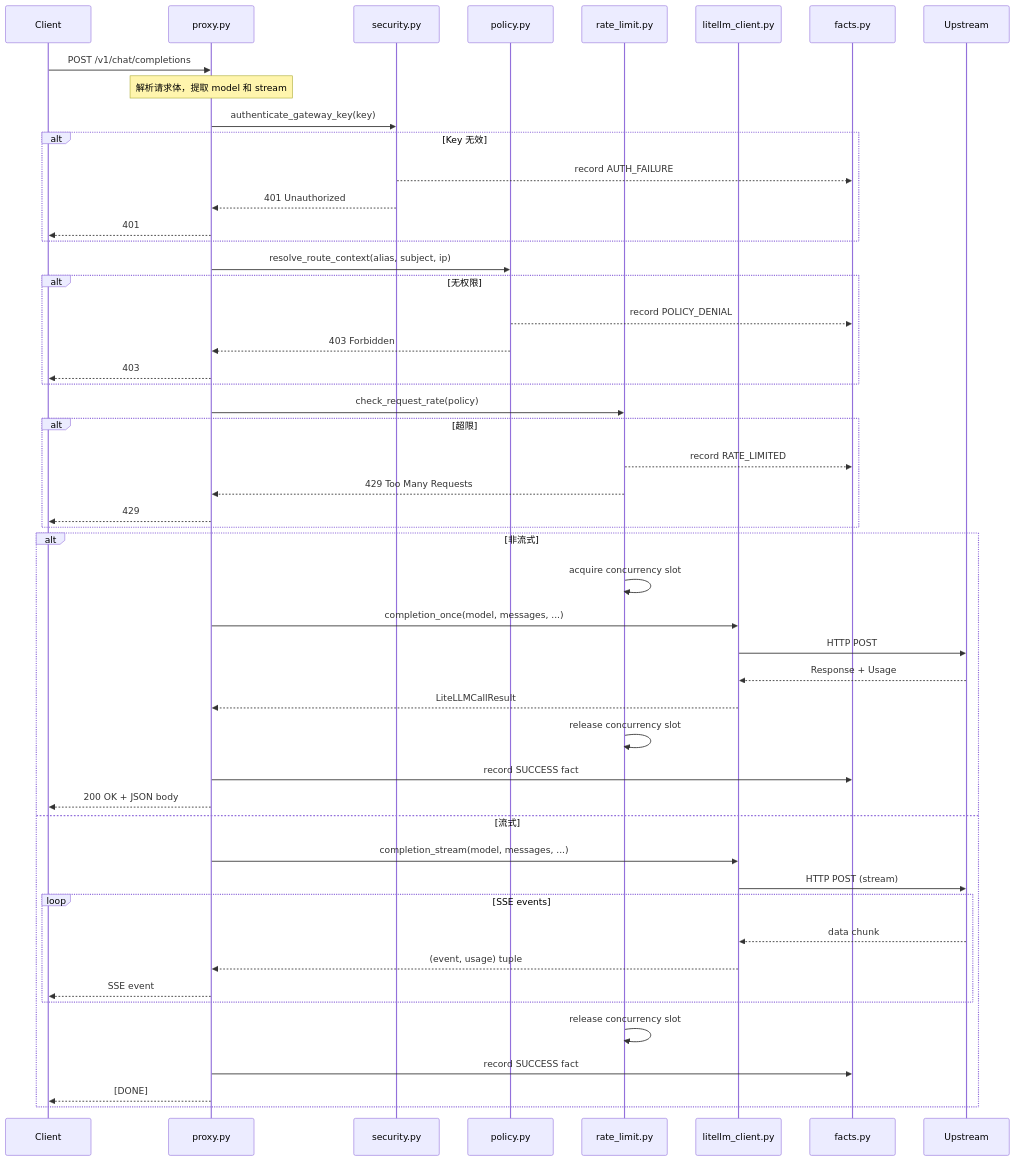
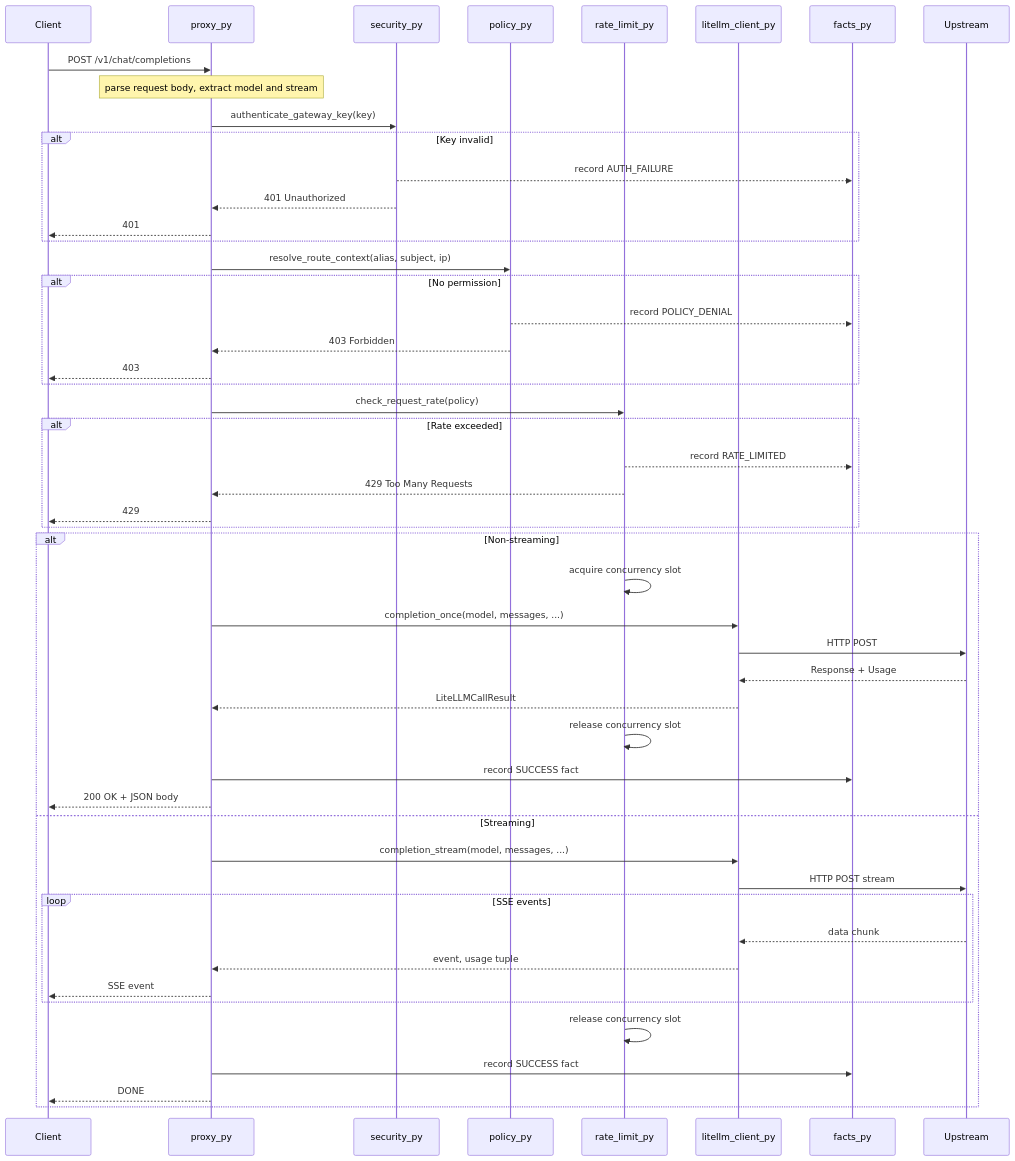
The first of 4 diagrams in docs/source/architecture/data-flow.md (pty819/llm-gateway-docs), drawn with Mermaid before and after one commit. The commit also changed other lines of this file and 18 other files, not shown here.

First line of the commit message:
Fix RST directives and mermaid syntax in MD files

````diff
--- a/docs/source/architecture/data-flow.md
+++ b/docs/source/architecture/data-flow.md
@@ -9,57 +9,57 @@
 ```{mermaid}
 sequenceDiagram
     participant C as Client
-    participant P as proxy.py
-    participant Auth as security.py
-    participant Pol as policy.py
-    participant RL as rate_limit.py
-    participant Lite as litellm_client.py
-    participant Facts as facts.py
+    participant P as proxy_py
+    participant Auth as security_py
+    participant Pol as policy_py
+    participant RL as rate_limit_py
+    participant Lite as litellm_client_py
+    participant Facts as facts_py
     participant U as Upstream
 
     C->>P: POST /v1/chat/completions
-    Note over P: 解析请求体，提取 model 和 stream
+    Note over P: parse request body, extract model and stream
 
     P->>Auth: authenticate_gateway_key(key)
-    alt Key 无效
+    alt Key invalid
         Auth-->>Facts: record AUTH_FAILURE
         Auth-->>P: 401 Unauthorized
         P-->>C: 401
     end
 
     P->>Pol: resolve_route_context(alias, subject, ip)
-    alt 无权限
+    alt No permission
         Pol-->>Facts: record POLICY_DENIAL
         Pol-->>P: 403 Forbidden
         P-->>C: 403
     end
 
     P->>RL: check_request_rate(policy)
-    alt 超限
+    alt Rate exceeded
         RL-->>Facts: record RATE_LIMITED
         RL-->>P: 429 Too Many Requests
         P-->>C: 429
     end
 
-    alt 非流式
+    alt Non-streaming
         RL->>RL: acquire concurrency slot
         P->>Lite: completion_once(model, messages, ...)
         Lite->>U: HTTP POST
         U-->>Lite: Response + Usage
         Lite-->>P: LiteLLMCallResult
         RL->>RL: release concurrency slot
         P->>Facts: record SUCCESS fact
         P-->>C: 200 OK + JSON body
-    else 流式
+    else Streaming
         P->>Lite: completion_stream(model, messages, ...)
-        Lite->>U: HTTP POST (stream)
+        Lite->>U: HTTP POST stream
         loop SSE events
             U-->>Lite: data chunk
-            Lite-->>P: (event, usage) tuple
+            Lite-->>P: event, usage tuple
             P-->>C: SSE event
         end
         RL->>RL: release concurrency slot
         P->>Facts: record SUCCESS fact
-        P-->>C: [DONE]
+        P-->>C: DONE
     end
 ```
````
